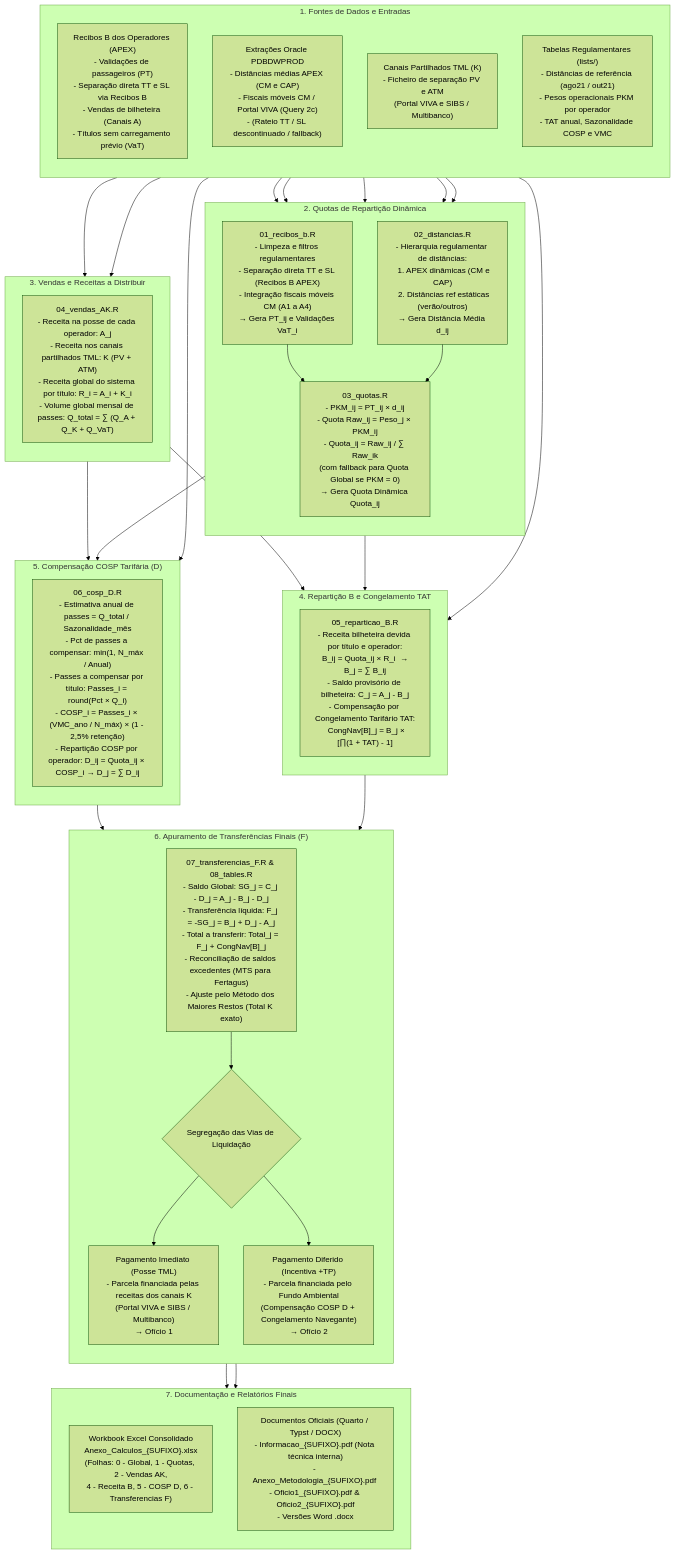
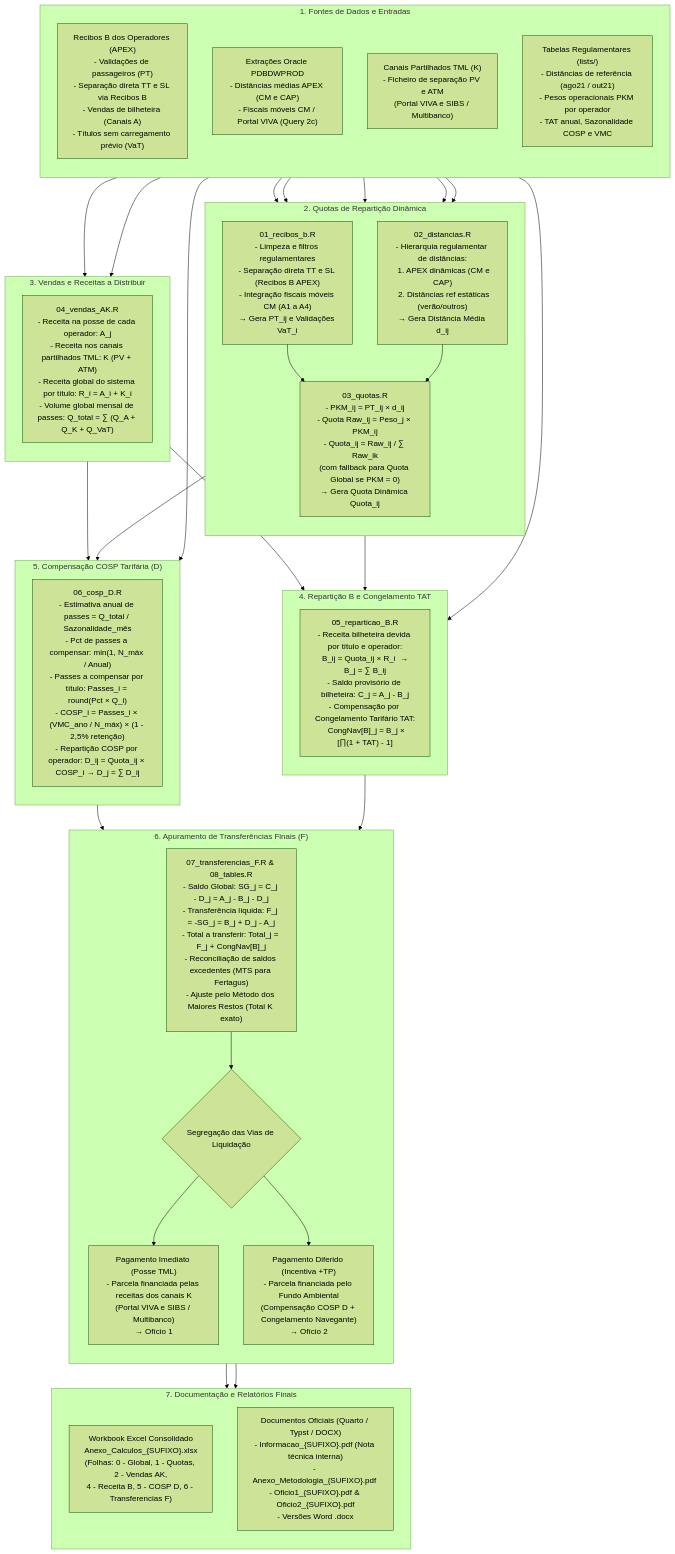
One commit to tmlmobilidade/compensacoes-navegante changed the diagram in code/procedure.md. Above: the diagram before and after it, drawn with Mermaid (forest theme). The commit also changed other lines of this file and 2 other files, not shown here.

```diff
--- a/code/procedure.md
+++ b/code/procedure.md
@@ -18,7 +18,7 @@
     subgraph IN["1. Fontes de Dados e Entradas"]
         direction TB
         IN_RECIBOS["Recibos B dos Operadores (APEX)\n- Validações de passageiros (PT)\n- Separação direta TT e SL via Recibos B\n- Vendas de bilheteira (Canais A)\n- Títulos sem carregamento prévio (VaT)"]
-        IN_ORACLE["Extrações Oracle PDBDWPROD\n- Distâncias médias APEX (CM e CAP)\n- Fiscais móveis CM / Portal VIVA (Query 2c)\n- (Rateio TT / SL descontinuado / fallback)"]
+        IN_ORACLE["Extrações Oracle PDBDWPROD\n- Distâncias médias APEX (CM e CAP)\n- Fiscais móveis CM / Portal VIVA (Query 2c)"]
         IN_K["Canais Partilhados TML (K)\n- Ficheiro de separação PV e ATM\n(Portal VIVA e SIBS / Multibanco)"]
         IN_LISTS["Tabelas Regulamentares (lists/)\n- Distâncias de referência (ago21 / out21)\n- Pesos operacionais PKM por operador\n- TAT anual, Sazonalidade COSP e VMC"]
     end
```
